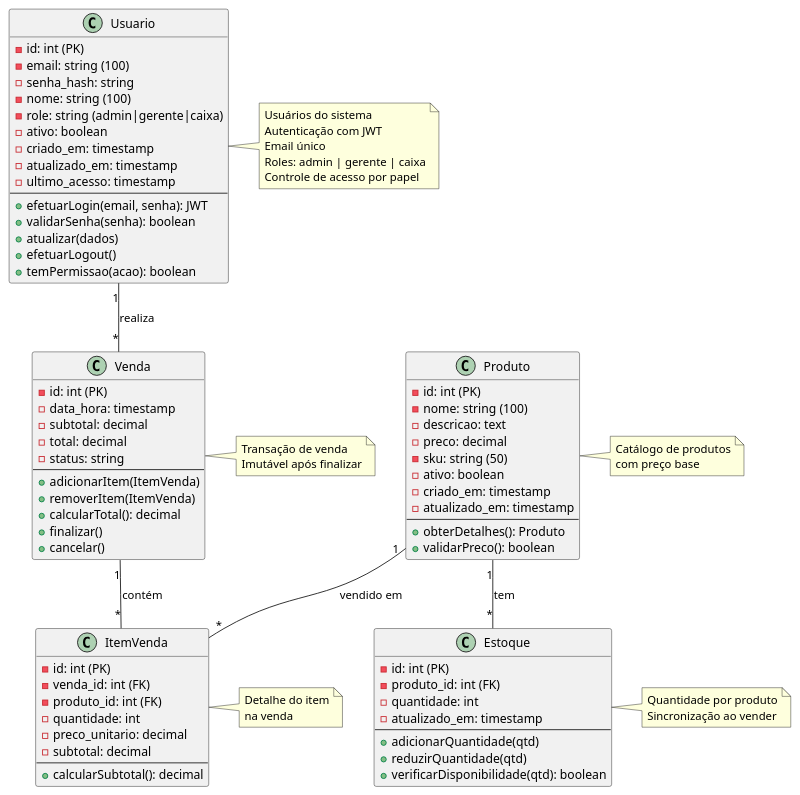
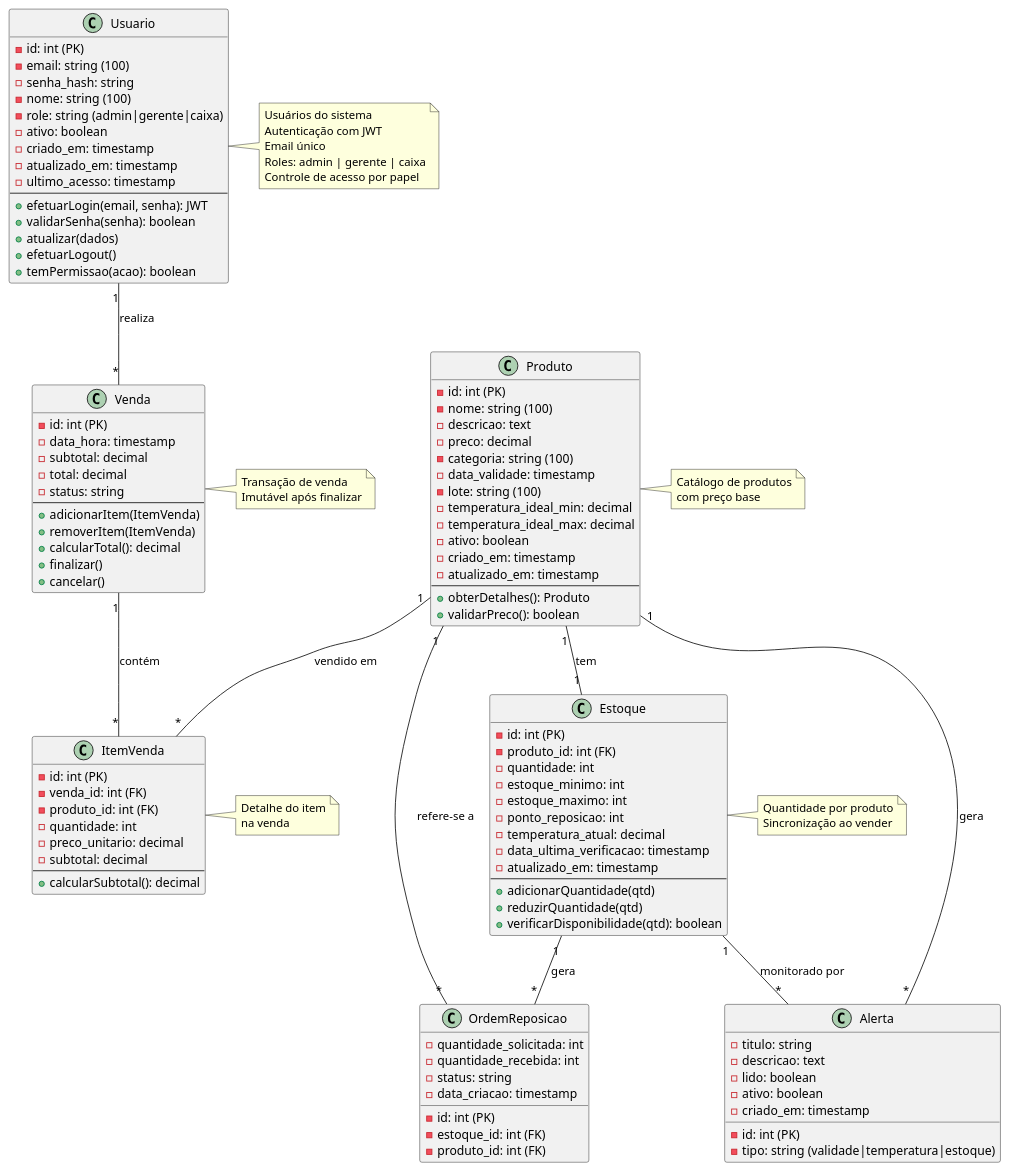
The diagram in docs/arquitetura/diagramas/01_DIAGRAMA_CLASSES_MVP.puml (Fredson-Santos/lanche), drawn with PlantUML before and after one commit. The commit also changed 4 other files, not shown here.

Commit message:
docs(diagramas): atualizar todos os diagramas para refletir o controle de validade e alertas

```diff
--- a/docs/arquitetura/diagramas/01_DIAGRAMA_CLASSES_MVP.puml
+++ b/docs/arquitetura/diagramas/01_DIAGRAMA_CLASSES_MVP.puml
@@ -1,104 +1,137 @@
 @startuml LANCHE MVP - Diagrama de Classes
 
 class Usuario {
   -id: int (PK)
   -email: string (100)
   -senha_hash: string
   -nome: string (100)
   -role: string (admin|gerente|caixa)
   -ativo: boolean
   -criado_em: timestamp
   -atualizado_em: timestamp
   -ultimo_acesso: timestamp
   --
   +efetuarLogin(email, senha): JWT
   +validarSenha(senha): boolean
   +atualizar(dados)
   +efetuarLogout()
   +temPermissao(acao): boolean
 }
 
 class Produto {
   -id: int (PK)
   -nome: string (100)
   -descricao: text
   -preco: decimal
-  -sku: string (50)
+  -categoria: string (100)
+  -data_validade: timestamp
+  -lote: string (100)
+  -temperatura_ideal_min: decimal
+  -temperatura_ideal_max: decimal
   -ativo: boolean
   -criado_em: timestamp
   -atualizado_em: timestamp
   --
   +obterDetalhes(): Produto
   +validarPreco(): boolean
 }
 
 class Estoque {
   -id: int (PK)
   -produto_id: int (FK)
   -quantidade: int
+  -estoque_minimo: int
+  -estoque_maximo: int
+  -ponto_reposicao: int
+  -temperatura_atual: decimal
+  -data_ultima_verificacao: timestamp
   -atualizado_em: timestamp
   --
   +adicionarQuantidade(qtd)
   +reduzirQuantidade(qtd)
   +verificarDisponibilidade(qtd): boolean
 }
 
 class Venda {
   -id: int (PK)
   -data_hora: timestamp
   -subtotal: decimal
   -total: decimal
   -status: string
   --
   +adicionarItem(ItemVenda)
   +removerItem(ItemVenda)
   +calcularTotal(): decimal
   +finalizar()
   +cancelar()
 }
 
 class ItemVenda {
   -id: int (PK)
   -venda_id: int (FK)
   -produto_id: int (FK)
   -quantidade: int
   -preco_unitario: decimal
   -subtotal: decimal
   --
   +calcularSubtotal(): decimal
 }
 
 Usuario "1" -- "*" Venda : realiza
-Produto "1" -- "*" Estoque : tem
+Produto "1" -- "1" Estoque : tem
 Produto "1" -- "*" ItemVenda : vendido em
 Venda "1" -- "*" ItemVenda : contém
+Estoque "1" -- "*" OrdemReposicao : gera
+Produto "1" -- "*" OrdemReposicao : refere-se a
+Produto "1" -- "*" Alerta : gera
+Estoque "1" -- "*" Alerta : monitorado por
 
 note right of Usuario
   Usuários do sistema
   Autenticação com JWT
   Email único
   Roles: admin | gerente | caixa
   Controle de acesso por papel
 end note
 
 note right of Produto
   Catálogo de produtos
   com preço base
 end note
 
 note right of Estoque
   Quantidade por produto
   Sincronização ao vender
 end note
 
 note right of Venda
   Transação de venda
   Imutável após finalizar
 end note
 
 note right of ItemVenda
   Detalhe do item
   na venda
 end note
 
+class Alerta {
+  -id: int (PK)
+  -tipo: string (validade|temperatura|estoque)
+  -titulo: string
+  -descricao: text
+  -lido: boolean
+  -ativo: boolean
+  -criado_em: timestamp
+}
+
+class OrdemReposicao {
+  -id: int (PK)
+  -estoque_id: int (FK)
+  -produto_id: int (FK)
+  -quantidade_solicitada: int
+  -quantidade_recebida: int
+  -status: string
+  -data_criacao: timestamp
+}
+
 @enduml
```
